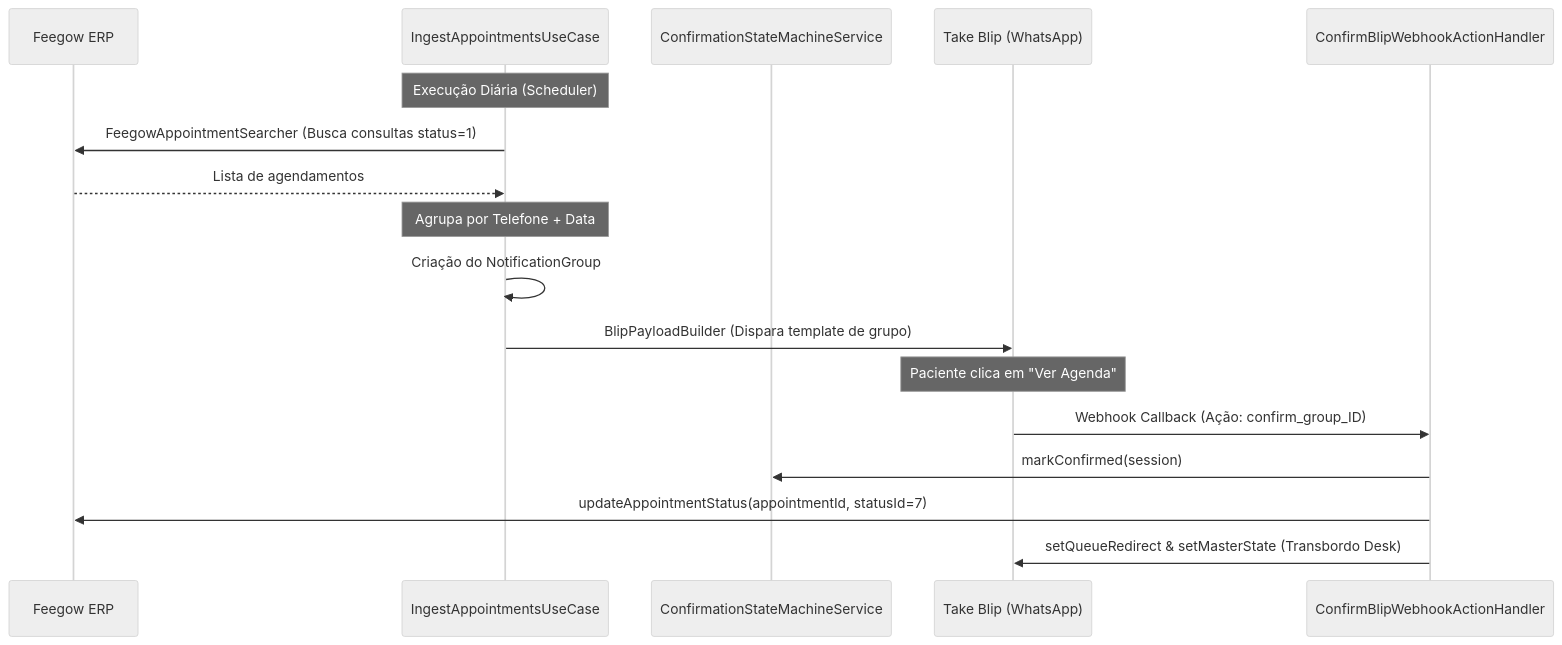
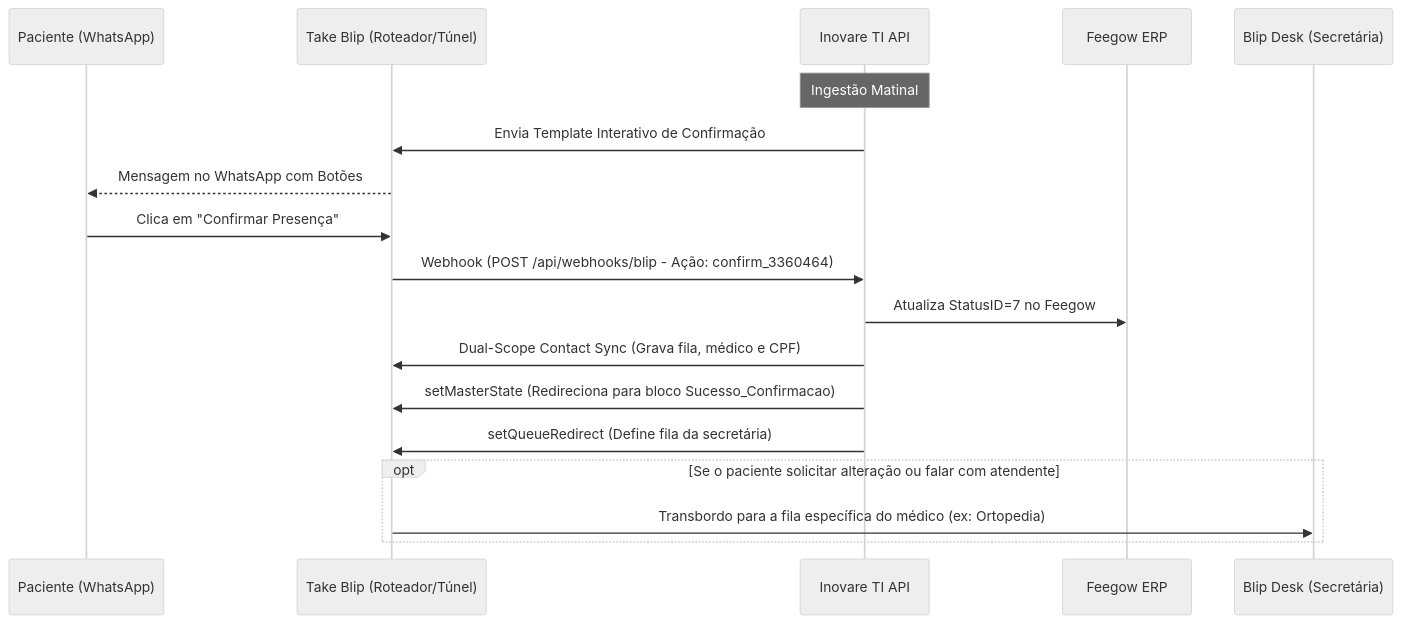
The diagram in docs/INTEGRATIONS.md (VictorGHss/CTRLS-ITSM), drawn with Mermaid (neutral theme) before and after one commit. The commit also changed other lines of this file and 4 other files, not shown here.

````diff
--- a/docs/INTEGRATIONS.md
+++ b/docs/INTEGRATIONS.md
@@ -11,20 +61,24 @@
 ```mermaid
 sequenceDiagram
+    participant P as Paciente (WhatsApp)
+    participant B as Take Blip (Roteador/Túnel)
+    participant API as Inovare TI API
     participant F as Feegow ERP
-    participant S as IngestAppointmentsUseCase
-    participant SM as ConfirmationStateMachineService
-    participant B as Take Blip (WhatsApp)
-    participant C as ConfirmBlipWebhookActionHandler
+    participant D as Blip Desk (Secretária)
 
-    Note over S: Execução Diária (Scheduler)
-    S->>F: FeegowAppointmentSearcher (Busca consultas status=1)
-    F-->>S: Lista de agendamentos
-    Note over S: Agrupa por Telefone + Data
-    S->>S: Criação do NotificationGroup
-    S->>B: BlipPayloadBuilder (Dispara template de grupo)
-    Note over B: Paciente clica em "Ver Agenda"
-    B->>C: Webhook Callback (Ação: confirm_group_ID)
-    C->>SM: markConfirmed(session)
-    C->>F: updateAppointmentStatus(appointmentId, statusId=7)
-    C->>B: setQueueRedirect & setMasterState (Transbordo Desk)
+    Note over API: Ingestão Matinal
+    API->>B: Envia Template Interativo de Confirmação
+    B-->>P: Mensagem no WhatsApp com Botões
+
+    P->>B: Clica em "Confirmar Presença"
+    B->>API: Webhook (POST /api/webhooks/blip - Ação: confirm_3360464)
+    
+    API->>F: Atualiza StatusID=7 no Feegow
+    API->>B: Dual-Scope Contact Sync (Grava fila, médico e CPF)
+    API->>B: setMasterState (Redireciona para bloco Sucesso_Confirmacao)
+    API->>B: setQueueRedirect (Define fila da secretária)
+    
+    opt Se o paciente solicitar alteração ou falar com atendente
+        B->>D: Transbordo para a fila específica do médico (ex: Ortopedia)
+    end
 ```
````
